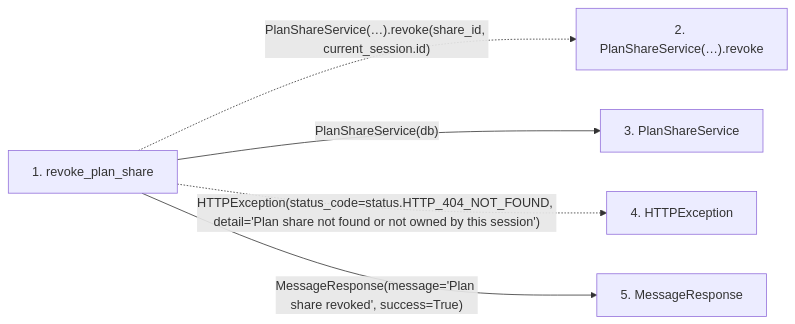
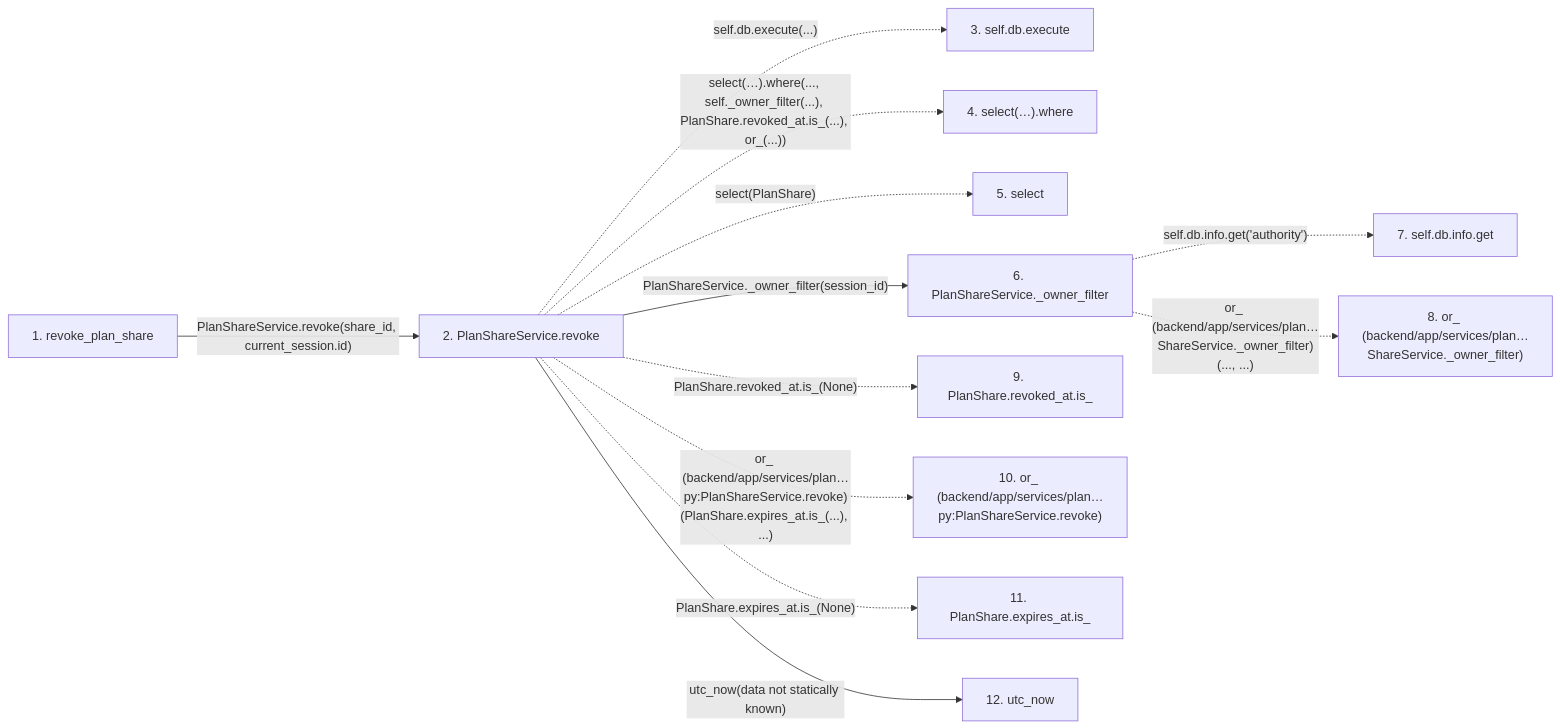
One commit to Denissvgn/WorkChord changed the second of 2 diagrams in docs/llm_wiki/flows/http-revoke_plan_share.md. Above: the diagram before and after it, drawn with Mermaid. The commit also changed other lines of this file and 25171 other files, not shown here.

````diff
--- a/docs/llm_wiki/flows/http-revoke_plan_share.md
+++ b/docs/llm_wiki/flows/http-revoke_plan_share.md
@@ -26,15 +101,30 @@
 ```mermaid
 flowchart LR
     s1["1. revoke_plan_share"]
-    s2["2. PlanShareService(…).revoke"]
-    s3["3. PlanShareService"]
-    s4["4. HTTPException"]
-    s5["5. MessageResponse"]
-    s1 -. "PlanShareService(…).revoke(share_id, current_session.id)" .-> s2
-    s1 -->|"PlanShareService(db)"| s3
-    s1 -. "HTTPException(status_code=status.HTTP_404_NOT_FOUND, detail='Plan share not found or not owned by this session')" .-> s4
-    s1 -->|"MessageResponse(message='Plan share revoked', success=True)"| s5
+    s2["2. PlanShareService.revoke"]
+    s3["3. self.db.execute"]
+    s4["4. select(…).where"]
+    s5["5. select"]
+    s6["6. PlanShareService._owner_filter"]
+    s7["7. self.db.info.get"]
+    s8["8. or_ (backend/app/services/plan…ShareService._owner_filter)"]
+    s9["9. PlanShare.revoked_at.is_"]
+    s10["10. or_ (backend/app/services/plan…py:PlanShareService.revoke)"]
+    s11["11. PlanShare.expires_at.is_"]
+    s12["12. utc_now"]
+    s1 -->|"PlanShareService.revoke(share_id, current_session.id)"| s2
+    s2 -. "self.db.execute(...)" .-> s3
+    s2 -. "select(…).where(..., self._owner_filter(...), PlanShare.revoked_at.is_(...), or_(...))" .-> s4
+    s2 -. "select(PlanShare)" .-> s5
+    s2 -->|"PlanShareService._owner_filter(session_id)"| s6
+    s6 -. "self.db.info.get('authority')" .-> s7
+    s6 -. "or_ (backend/app/services/plan…ShareService._owner_filter)(..., ...)" .-> s8
+    s2 -. "PlanShare.revoked_at.is_(None)" .-> s9
+    s2 -. "or_ (backend/app/services/plan…py:PlanShareService.revoke)(PlanShare.expires_at.is_(...), ...)" .-> s10
+    s2 -. "PlanShare.expires_at.is_(None)" .-> s11
+    s2 -->|"utc_now(data not statically known)"| s12
     click s1 "../modules/plan_shares.md"
-    click s3 "../modules/plan_share_service.md"
-    click s5 "../modules/schemas_common.md"
+    click s2 "../modules/plan_share_service.md"
+    click s6 "../modules/plan_share_service.md"
+    click s12 "../modules/time.md"
 ```
````
